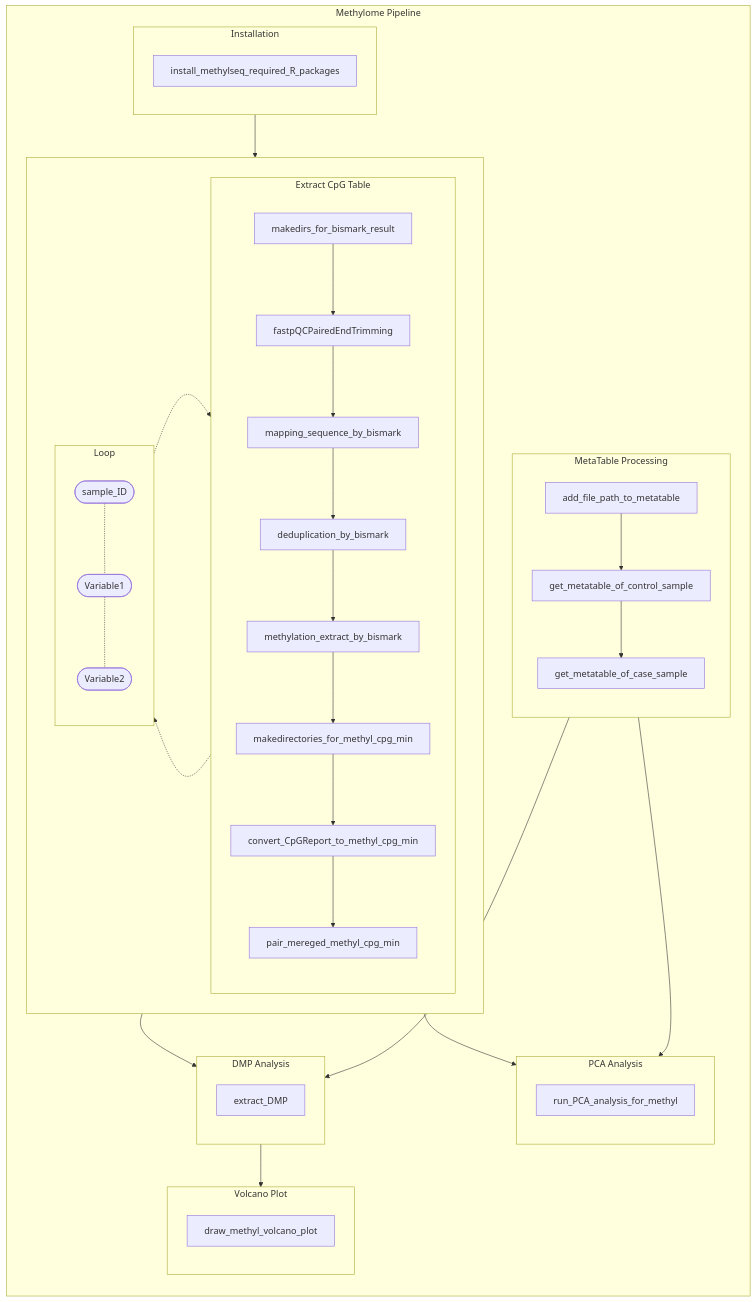
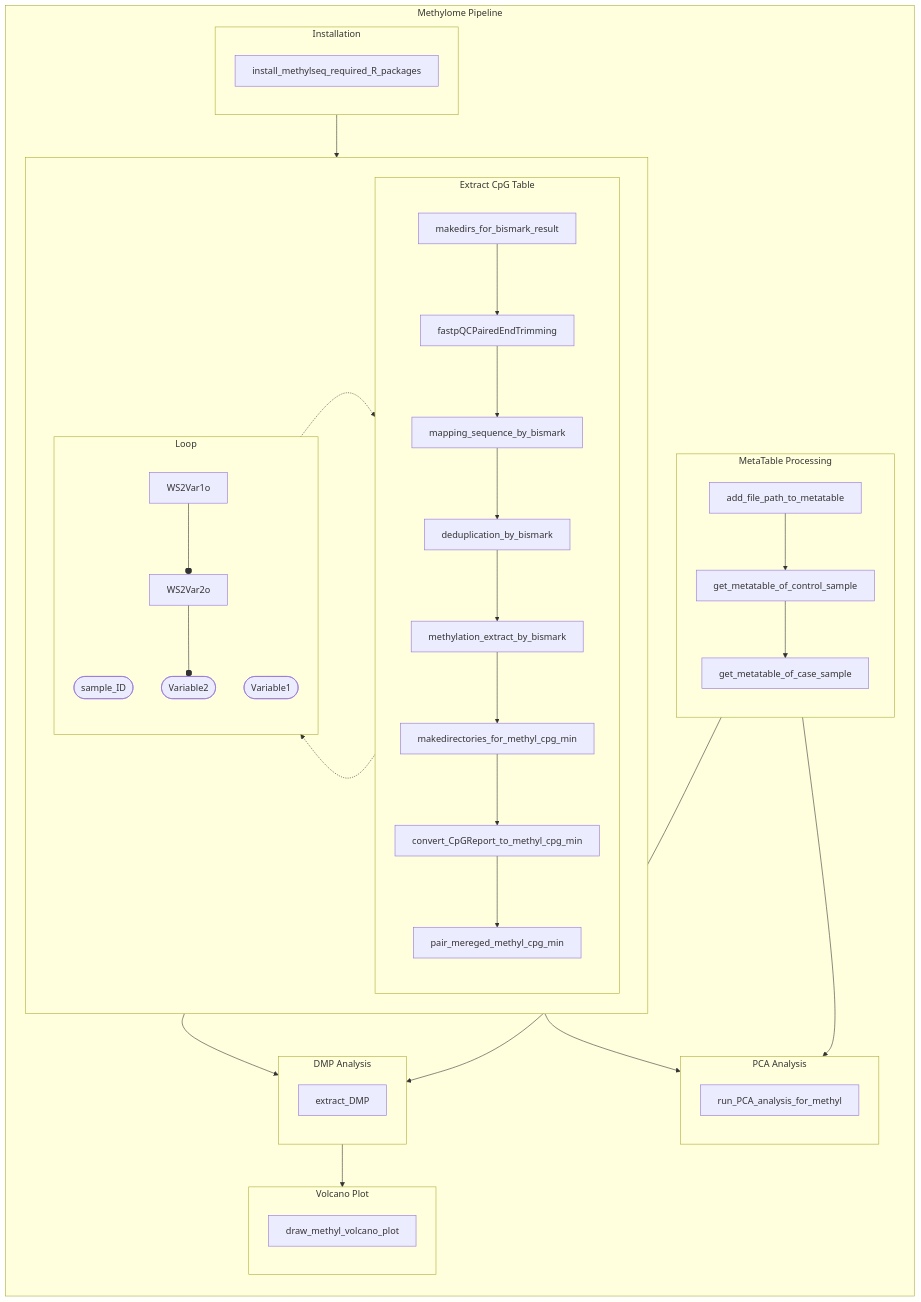
One commit to Yoonsung1203/Yoonsung1203 changed the diagram in Mermaid_Test.md. Above: the diagram before and after it, drawn with Mermaid.

````diff
--- a/Mermaid_Test.md
+++ b/Mermaid_Test.md
@@ -1,55 +1,55 @@
 ```mermaid
   flowchart TB
     subgraph Total["Methylome Pipeline"]
       direction TB
       subgraph WS1["Installation"]
         direction TB
         W1["install_methylseq_required_R_packages"]
       end
       subgraph WS2[" "]
         direction LR
         subgraph WS2Loop["Extract CpG Table"]
           direction TB
           W2["makedirs_for_bismark_result"]-->W3["fastpQCPairedEndTrimming"]
           W3-->W4["mapping_sequence_by_bismark"]
           W4-->W5["deduplication_by_bismark"]
           W5-->W6["methylation_extract_by_bismark"]
           W6-->W7["makedirectories_for_methyl_cpg_min"]
           W7-->W8["convert_CpGReport_to_methyl_cpg_min"]
           W8-->W9["pair_mereged_methyl_cpg_min"]
         end
         subgraph WS2LoopVariable["Loop"]
           direction TB
           WS2Var1(["sample_ID"])
           WS2Var2(["Variable1"])
           WS2Var3(["Variable2"])
-          WS2Var1-.-WS2Var2-.-WS2Var3
+          WS2Var1o--oWS2Var2o--oWS2Var3
         end
         WS2Loop-.->WS2LoopVariable
         WS2LoopVariable-.->WS2Loop
       end
       subgraph WS3["MetaTable Processing"]
         direction TB
         W10["add_file_path_to_metatable"]-->W11["get_metatable_of_control_sample"]
         W11-->W12["get_metatable_of_case_sample"]
       end
       subgraph WS4["DMP Analysis"]
         direction TB
         W13["extract_DMP"]
       end
       subgraph WS5["PCA Analysis"]
         direction TB
         W14["run_PCA_analysis_for_methyl"]
       end
       subgraph WS6["Volcano Plot"]
         direction TB
         W15["draw_methyl_volcano_plot"]
       end
       WS1-->WS2
       WS2-->WS4
       WS3-->WS4
       WS3-->WS5
       WS2-->WS5
       WS4-->WS6
     end
 ```
````
